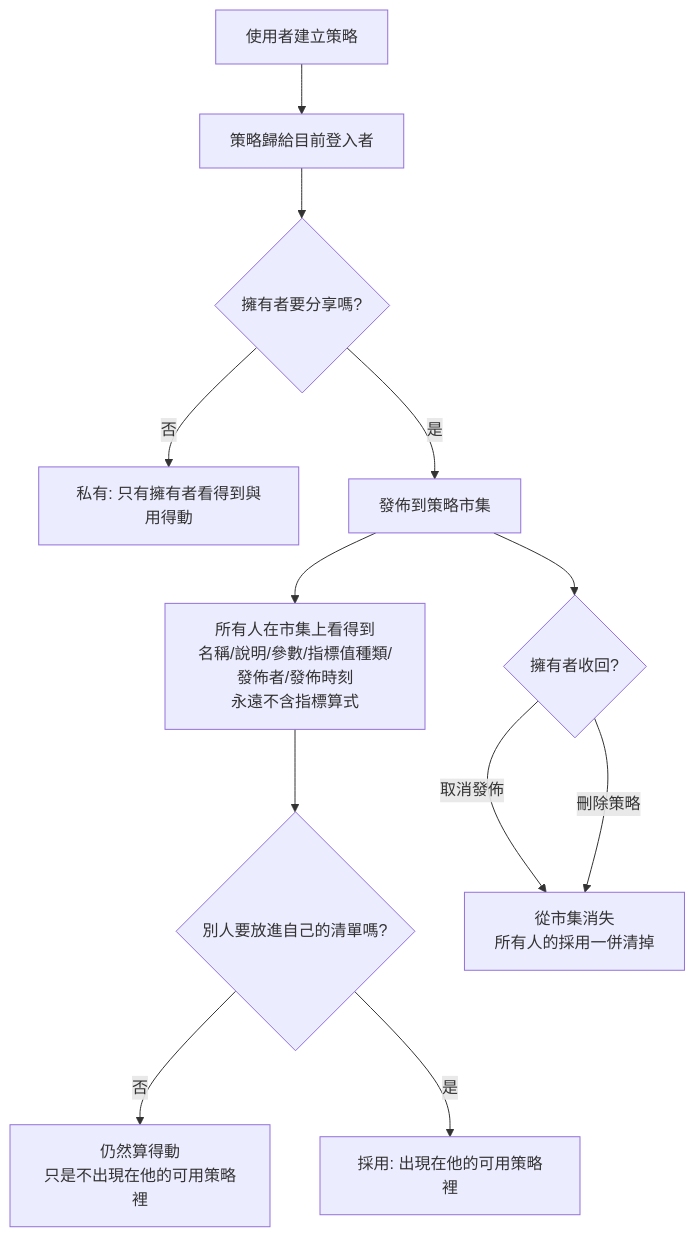
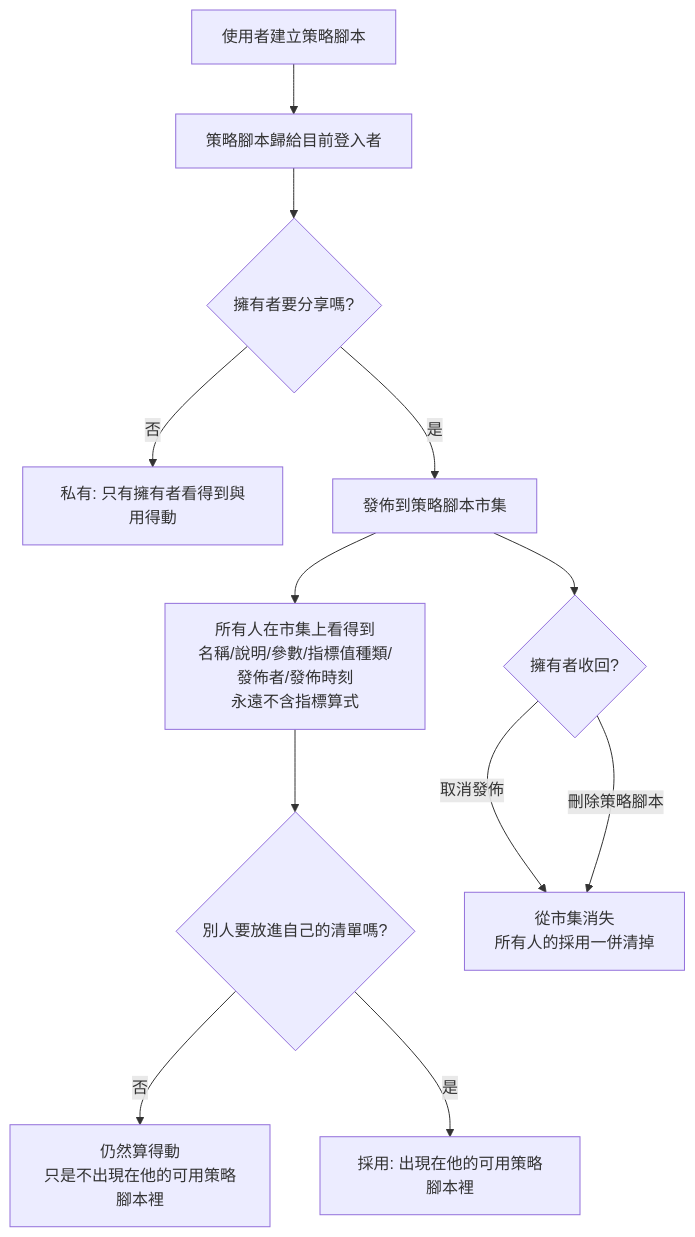
The first of 2 diagrams in .sdd/2026-09-10-strategy-ownership-and-marketplace/PRD.md (CodeMachine0121/go-trading), drawn with Mermaid before and after one commit. The commit also changed other lines of this file and 66 other files, not shown here.

````diff
--- a/.sdd/2026-09-10-strategy-ownership-and-marketplace/PRD.md
+++ b/.sdd/2026-09-10-strategy-ownership-and-marketplace/PRD.md
@@ -592,14 +592,14 @@
 ```mermaid
 flowchart TD
-    A[使用者建立策略] --> B[策略歸給目前登入者]
+    A[使用者建立策略腳本] --> B[策略腳本歸給目前登入者]
     B --> C{擁有者要分享嗎?}
     C -- 否 --> D[私有: 只有擁有者看得到與用得動]
-    C -- 是 --> E[發佈到策略市集]
+    C -- 是 --> E[發佈到策略腳本市集]
     E --> F[所有人在市集上看得到<br/>名稱/說明/參數/指標值種類/發佈者/發佈時刻<br/>永遠不含指標算式]
     F --> G{別人要放進自己的清單嗎?}
-    G -- 否 --> H[仍然算得動<br/>只是不出現在他的可用策略裡]
-    G -- 是 --> I[採用: 出現在他的可用策略裡]
+    G -- 否 --> H[仍然算得動<br/>只是不出現在他的可用策略腳本裡]
+    G -- 是 --> I[採用: 出現在他的可用策略腳本裡]
     E --> J{擁有者收回?}
     J -- 取消發佈 --> K[從市集消失<br/>所有人的採用一併清掉]
-    J -- 刪除策略 --> K
+    J -- 刪除策略腳本 --> K
 ```
````
